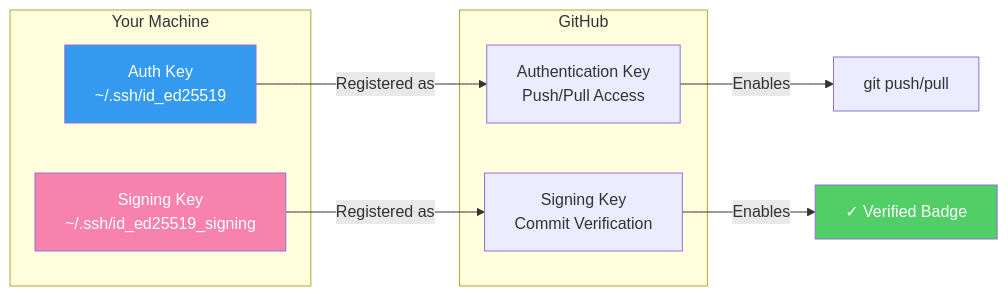
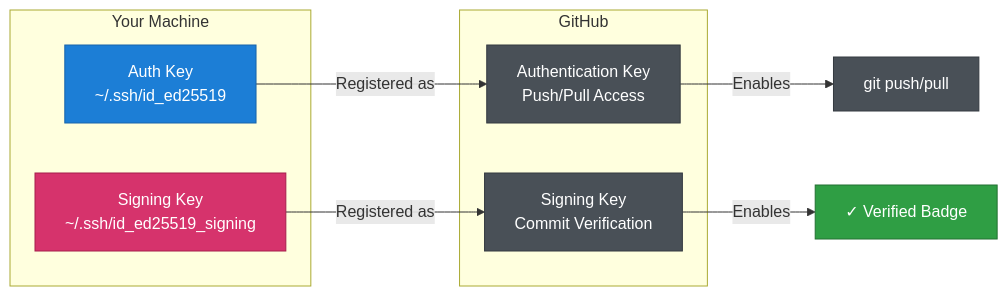
The third of 5 diagrams in README.md (jamesfdavis/dotfiles), drawn with Mermaid before and after one commit. The commit also changed other lines of this file, not shown here.

````diff
--- a/README.md
+++ b/README.md
@@ -95,22 +95,25 @@
 ```mermaid
 flowchart LR
     subgraph Your Machine
         A[Auth Key<br/>~/.ssh/id_ed25519]
         S[Signing Key<br/>~/.ssh/id_ed25519_signing]
     end
     
     subgraph GitHub
         GA[Authentication Key<br/>Push/Pull Access]
         GS[Signing Key<br/>Commit Verification]
     end
     
     A -->|Registered as| GA
     S -->|Registered as| GS
     
     GA -->|Enables| P[git push/pull]
     GS -->|Enables| V[✓ Verified Badge]
     
-    style A fill:#339af0,color:#fff
-    style S fill:#f783ac,color:#fff
-    style V fill:#51cf66,color:#fff
+    style A fill:#1c7ed6,color:#fff,stroke:#1864ab
+    style S fill:#d6336c,color:#fff,stroke:#a61e4d
+    style V fill:#2f9e44,color:#fff,stroke:#237032
+    style GA fill:#495057,color:#fff,stroke:#343a40
+    style GS fill:#495057,color:#fff,stroke:#343a40
+    style P fill:#495057,color:#fff,stroke:#343a40
 ```
````
